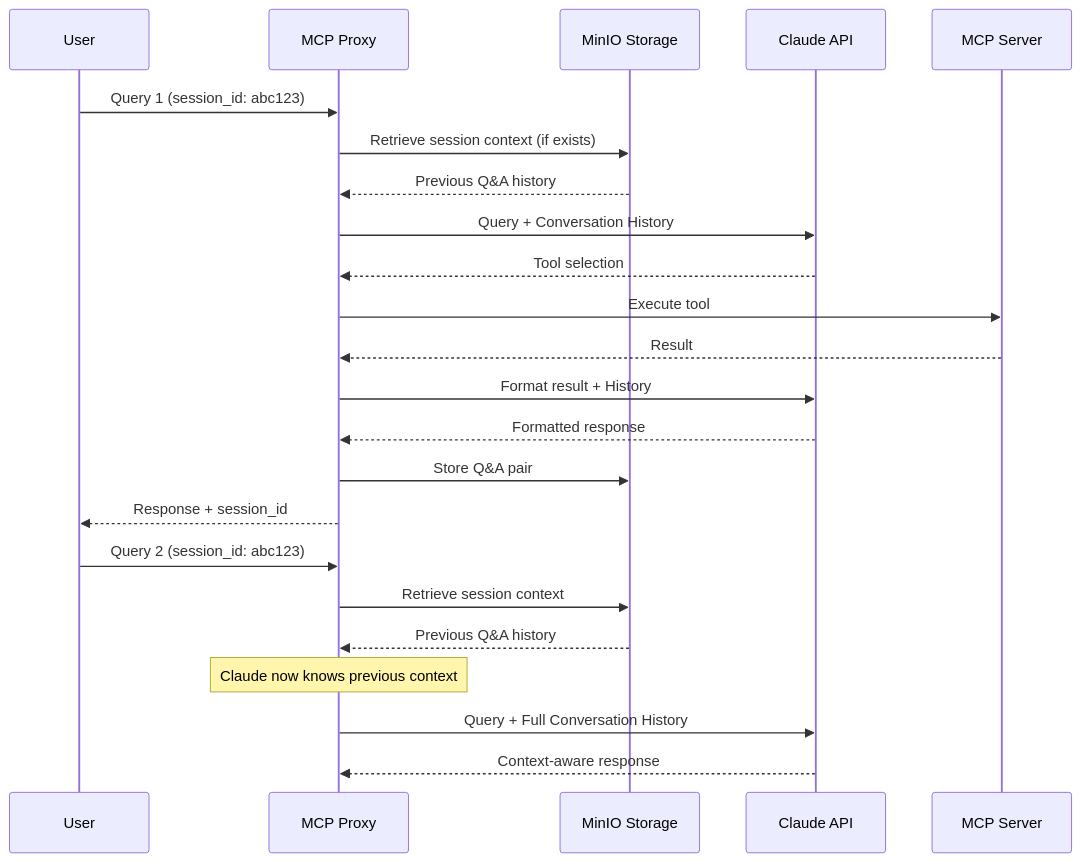
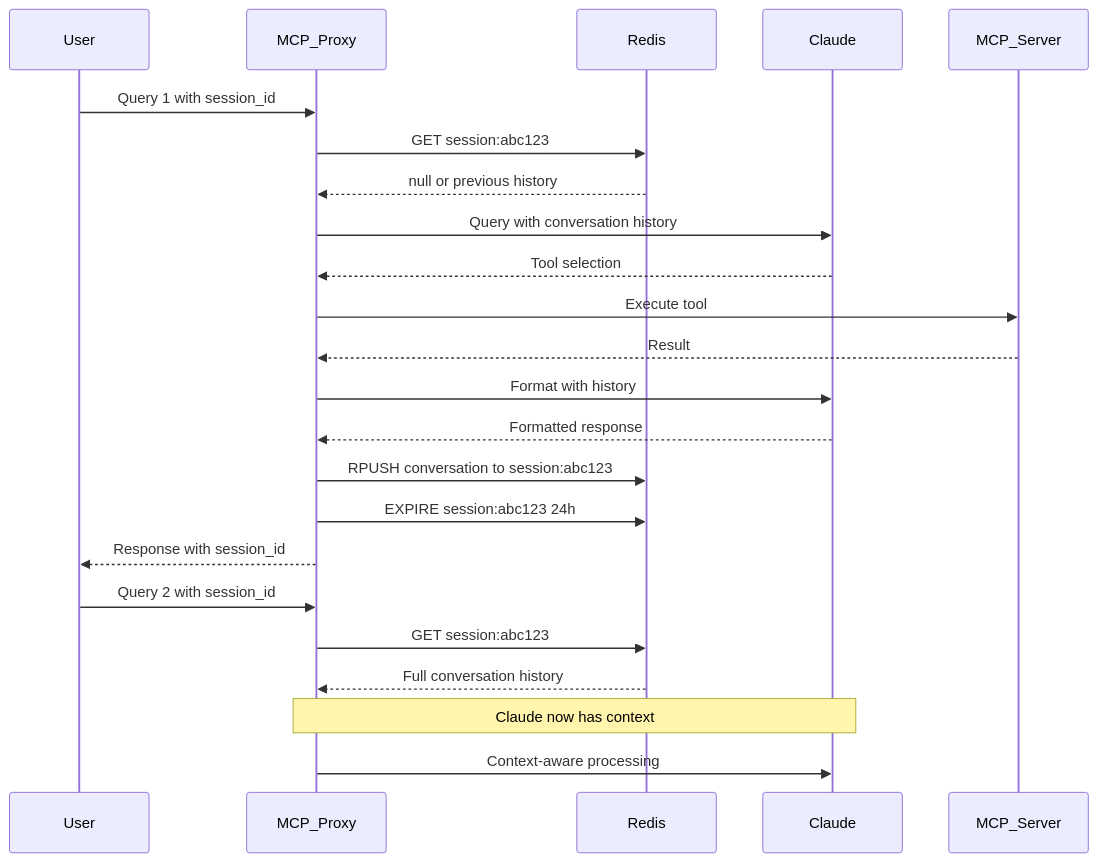
The diagram in docs/context_retention_system.md (hirosh7/sde-mcp), drawn with Mermaid before and after one commit. The commit also changed other lines of this file, not shown here.

Commit message:
Update context retention system docs to use Redis instead of MinIO

````diff
--- a/docs/context_retention_system.md
+++ b/docs/context_retention_system.md
@@ -16,27 +25,27 @@
 ```mermaid
 sequenceDiagram
     participant User
-    participant Proxy as MCP Proxy
-    participant MinIO as MinIO Storage
-    participant Claude as Claude API
-    participant MCP as MCP Server
+    participant Proxy as MCP_Proxy
+    participant Redis
+    participant Claude
+    participant MCP as MCP_Server
 
-    User->>Proxy: Query 1 (session_id: abc123)
-    Proxy->>MinIO: Retrieve session context (if exists)
-    MinIO-->>Proxy: Previous Q&A history
-    Proxy->>Claude: Query + Conversation History
+    User->>Proxy: Query 1 with session_id
+    Proxy->>Redis: GET session:abc123
+    Redis-->>Proxy: null or previous history
+    Proxy->>Claude: Query with conversation history
     Claude-->>Proxy: Tool selection
     Proxy->>MCP: Execute tool
     MCP-->>Proxy: Result
-    Proxy->>Claude: Format result + History
+    Proxy->>Claude: Format with history
     Claude-->>Proxy: Formatted response
-    Proxy->>MinIO: Store Q&A pair
-    Proxy-->>User: Response + session_id
+    Proxy->>Redis: RPUSH conversation to session:abc123
+    Proxy->>Redis: EXPIRE session:abc123 24h
+    Proxy-->>User: Response with session_id
 
-    User->>Proxy: Query 2 (session_id: abc123)
-    Proxy->>MinIO: Retrieve session context
-    MinIO-->>Proxy: Previous Q&A history
-    Note over Proxy: Claude now knows previous context
-    Proxy->>Claude: Query + Full Conversation History
-    Claude-->>Proxy: Context-aware response
+    User->>Proxy: Query 2 with session_id
+    Proxy->>Redis: GET session:abc123
+    Redis-->>Proxy: Full conversation history
+    Note over Proxy,Claude: Claude now has context
+    Proxy->>Claude: Context-aware processing
 ```
````
